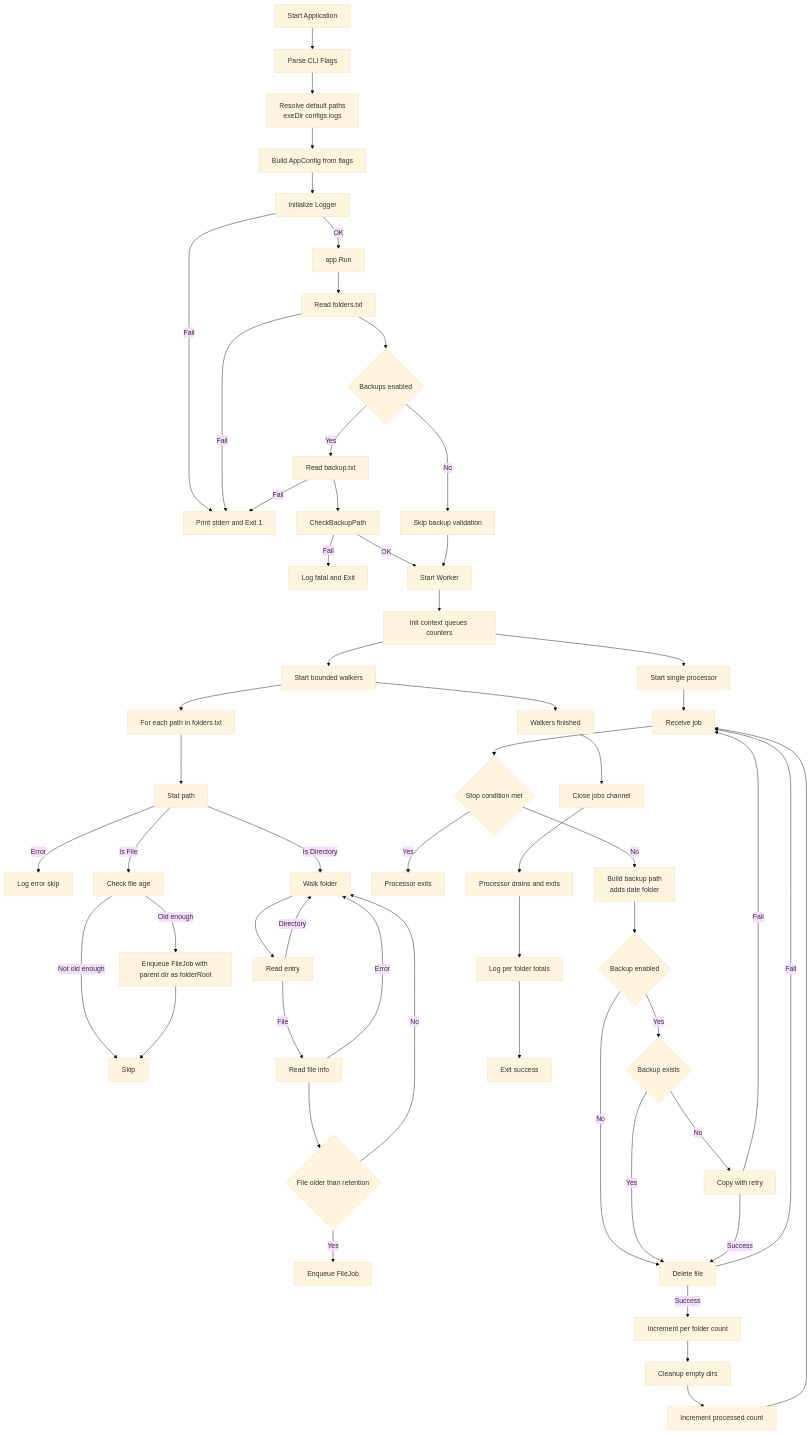
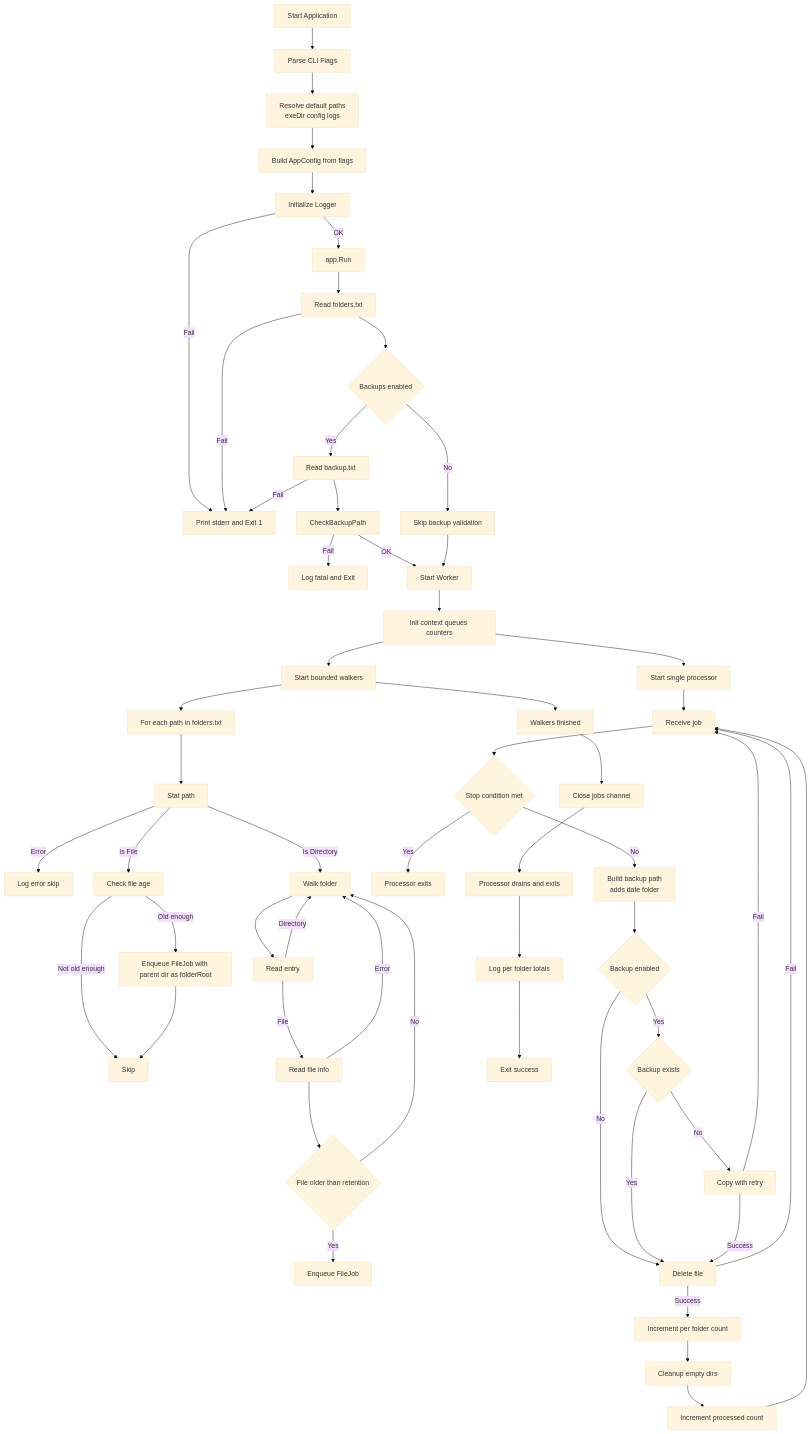
One commit to theweak1/file-maintenance changed the diagram in docs/diagrams/execution-flow.md. Above: the diagram before and after it, drawn with Mermaid (base theme). The commit also changed 10 other files, not shown here.

Commit message:
refactor: rename configs directory to config and pathConfigs to pathconfig

````diff
--- a/docs/diagrams/execution-flow.md
+++ b/docs/diagrams/execution-flow.md
@@ -1,79 +1,79 @@
 ```mermaid 
 flowchart TD
   A[Start Application]
   B[Parse CLI Flags]
-  C[Resolve default paths<br/>exeDir configs logs]
+  C[Resolve default paths<br/>exeDir config logs]
   D[Build AppConfig from flags]
   E[Initialize Logger]
   F[Print stderr and Exit 1]
 
   A --> B
   B --> C
   C --> D
   D --> E
   E -->|Fail| F
 
   E -->|OK| G[app.Run]
 
   G --> H[Read folders.txt]
   H -->|Fail| F
 
   H --> I{Backups enabled}
   I -->|No| J[Skip backup validation]
   I -->|Yes| K[Read backup.txt]
   K -->|Fail| F
   K --> L[CheckBackupPath]
   L -->|Fail| M[Log fatal and Exit]
   L -->|OK| N[Start Worker]
 
   J --> N
 
   N --> O[Init context queues counters]
   O --> P[Start single processor]
   O --> Q[Start bounded walkers]
 
   Q --> R[For each path in folders.txt]
   R --> S[Stat path]
   S -->|Error| T[Log error skip]
   S -->|Is File| U[Check file age]
   S -->|Is Directory| V[Walk folder]
 
   U -->|Not old enough| W[Skip]
   U -->|Old enough| X[Enqueue FileJob with parent dir as folderRoot]
   X --> W
 
   V --> Y[Read entry]
   Y -->|Directory| V
   Y -->|File| Z[Read file info]
   Z -->|Error| V
   Z --> AA{File older than retention}
   AA -->|No| V
   AA -->|Yes| AB[Enqueue FileJob]
 
   P --> AC[Receive job]
   AC --> AD{Stop condition met}
   AD -->|Yes| AE[Processor exits]
   AD -->|No| AF[Build backup path<br/>adds date folder]
 
   AF --> AG{Backup enabled}
   AG -->|No| AH[Delete file]
   AG -->|Yes| AI{Backup exists}
   AI -->|Yes| AH
   AI -->|No| AJ[Copy with retry]
 
   AJ -->|Fail| AC
   AJ -->|Success| AH
 
   AH -->|Fail| AC
   AH -->|Success| AK[Increment per folder count]
   AK --> AL[Cleanup empty dirs]
   AL --> AM[Increment processed count]
   AM --> AC
 
   Q --> AN[Walkers finished]
   AN --> AO[Close jobs channel]
   AO --> AP[Processor drains and exits]
   AP --> AQ[Log per folder totals]
   AQ --> AR[Exit success]
 
 ```
````
